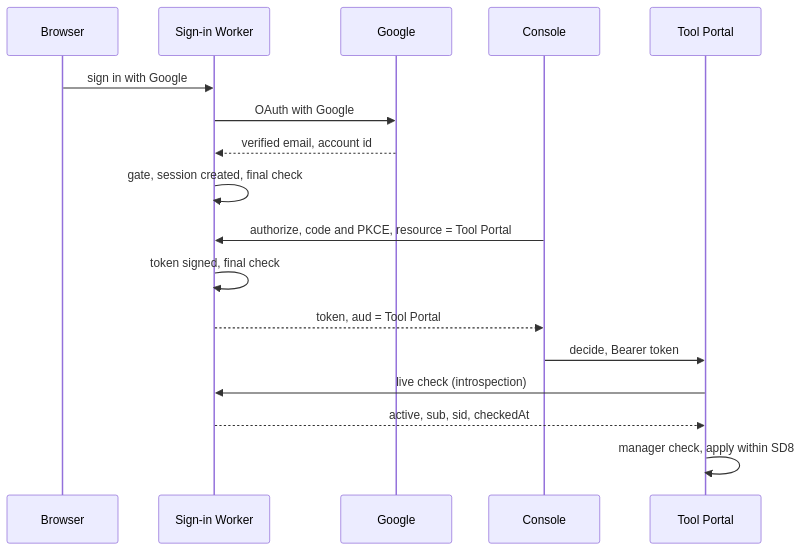
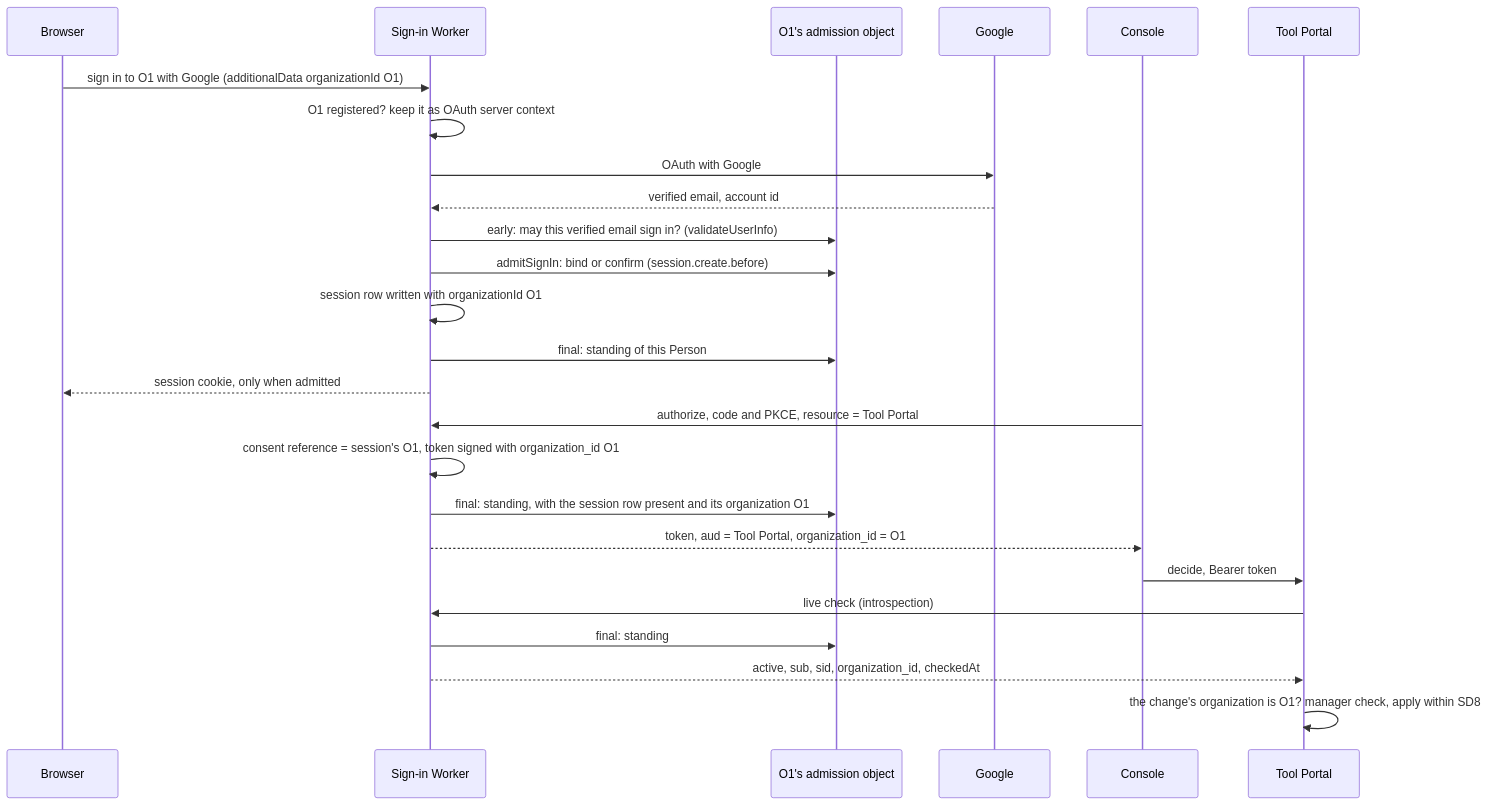
One commit to ShravanSunder/agent-vm changed the third of 5 diagrams in docs/specs/2026-10-20-people-sign-in/program-design.md. Above: the diagram before and after it, drawn with Mermaid. The commit also changed other lines of this file and 9 other files, not shown here.

First line of the commit message:
Sign-in design: people sign in to an organization; each organization's owner and allowlist in its own Durable Object

````diff
--- a/docs/specs/2026-10-20-people-sign-in/program-design.md
+++ b/docs/specs/2026-10-20-people-sign-in/program-design.md
@@ -183,19 +292,27 @@
 ```mermaid
 sequenceDiagram
   participant B as Browser
   participant W as Sign-in Worker
+  participant O as O1's admission object
   participant G as Google
   participant C as Console
   participant T as Tool Portal
-  B->>W: sign in with Google
+  B->>W: sign in to O1 with Google (additionalData organizationId O1)
+  W->>W: O1 registered? keep it as OAuth server context
   W->>G: OAuth with Google
   G-->>W: verified email, account id
-  W->>W: gate, session created, final check
+  W->>O: early: may this verified email sign in? (validateUserInfo)
+  W->>O: admitSignIn: bind or confirm (session.create.before)
+  W->>W: session row written with organizationId O1
+  W->>O: final: standing of this Person
+  W-->>B: session cookie, only when admitted
   C->>W: authorize, code and PKCE, resource = Tool Portal
-  W->>W: token signed, final check
-  W-->>C: token, aud = Tool Portal
+  W->>W: consent reference = session's O1, token signed with organization_id O1
+  W->>O: final: standing, with the session row present and its organization O1
+  W-->>C: token, aud = Tool Portal, organization_id = O1
   C->>T: decide, Bearer token
   T->>W: live check (introspection)
-  W-->>T: active, sub, sid, checkedAt
-  T->>T: manager check, apply within SD8
+  W->>O: final: standing
+  W-->>T: active, sub, sid, organization_id, checkedAt
+  T->>T: the change's organization is O1? manager check, apply within SD8
 ```
````
